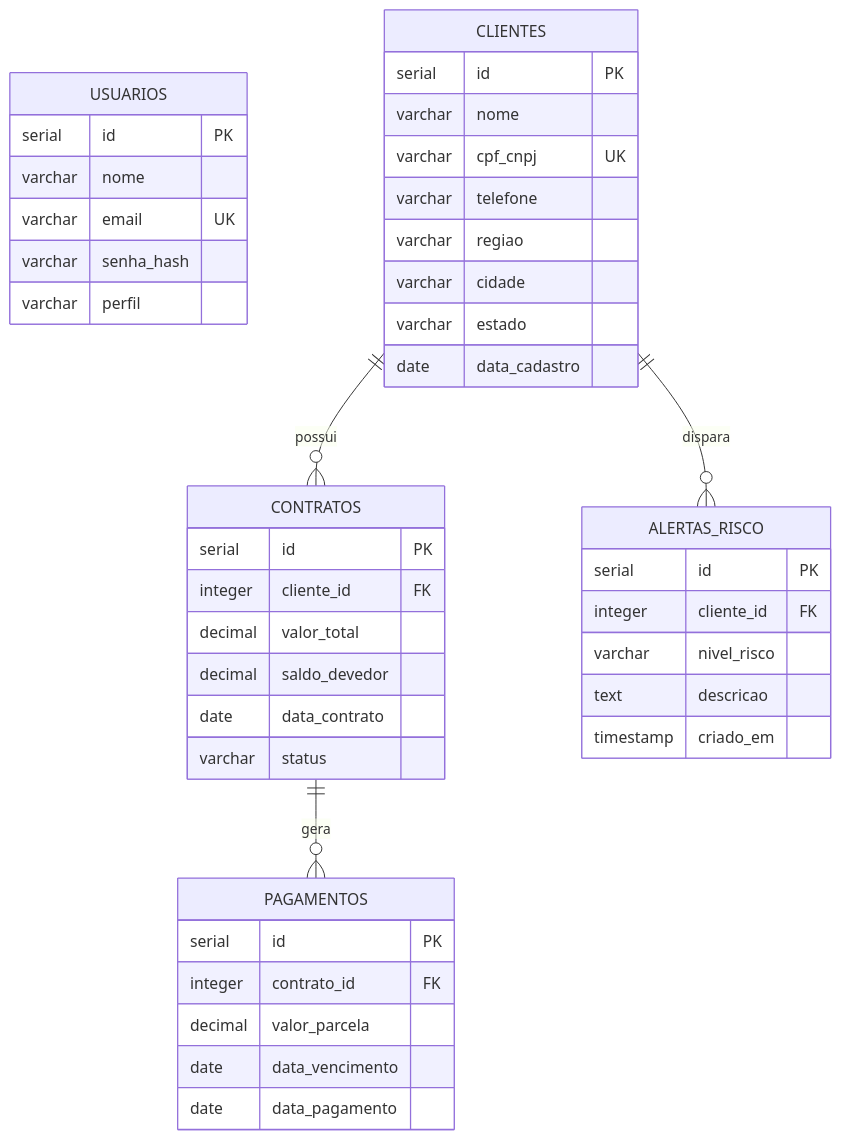
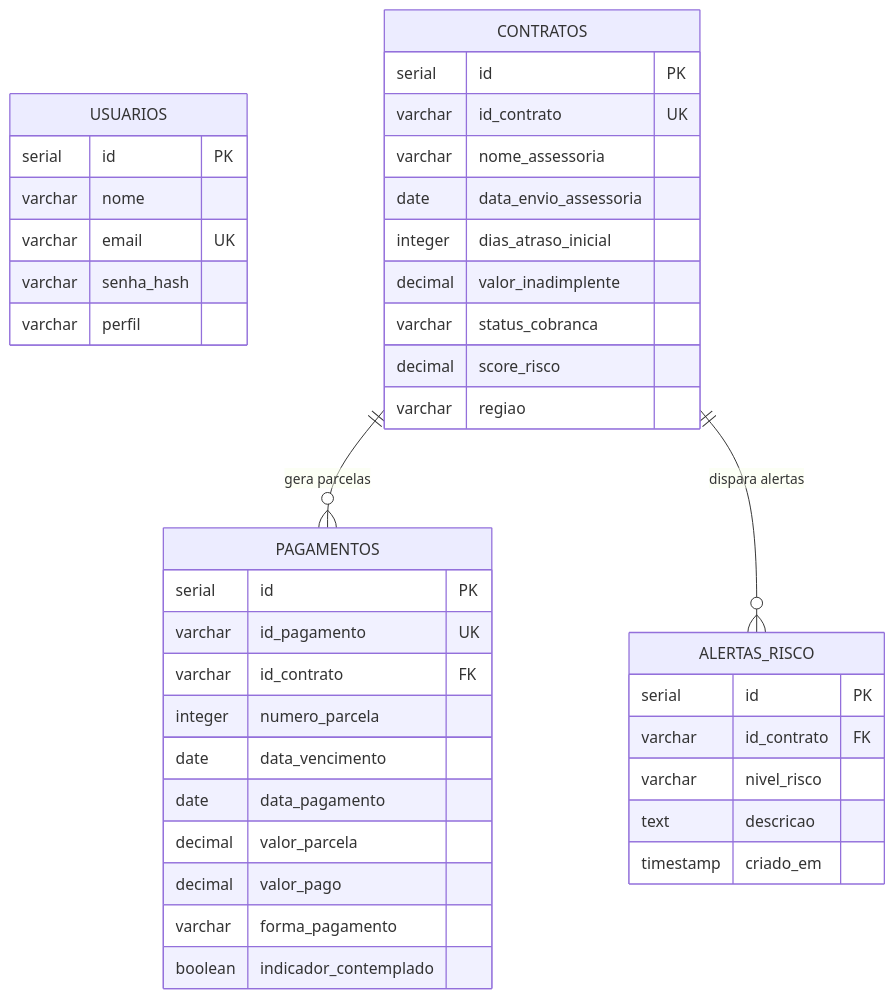
One commit to juanalenca/creditguard changed the fourth of 7 diagrams in docs/arquitetura.md. Above: the diagram before and after it, drawn with Mermaid. The commit also changed other lines of this file and 35 other files, not shown here.

````diff
--- a/docs/arquitetura.md
+++ b/docs/arquitetura.md
@@ -200,50 +227,46 @@
 ```mermaid
 erDiagram
     USUARIOS {
         serial id PK
         varchar nome
         varchar email UK
         varchar senha_hash
         varchar perfil
     }
 
-    CLIENTES {
-        serial id PK
-        varchar nome
-        varchar cpf_cnpj UK
-        varchar telefone
-        varchar regiao
-        varchar cidade
-        varchar estado
-        date data_cadastro
-    }
-
     CONTRATOS {
         serial id PK
-        integer cliente_id FK
-        decimal valor_total
-        decimal saldo_devedor
-        date data_contrato
-        varchar status
+        varchar id_contrato UK
+        varchar nome_assessoria
+        date data_envio_assessoria
+        integer dias_atraso_inicial
+        decimal valor_inadimplente
+        varchar status_cobranca
+        decimal score_risco
+        varchar regiao
     }
 
     PAGAMENTOS {
         serial id PK
-        integer contrato_id FK
-        decimal valor_parcela
+        varchar id_pagamento UK
+        varchar id_contrato FK
+        integer numero_parcela
         date data_vencimento
         date data_pagamento
+        decimal valor_parcela
+        decimal valor_pago
+        varchar forma_pagamento
+        boolean indicador_contemplado
     }
 
     ALERTAS_RISCO {
         serial id PK
-        integer cliente_id FK
+        varchar id_contrato FK
         varchar nivel_risco
         text descricao
         timestamp criado_em
     }
 
-    CLIENTES ||--o{ CONTRATOS : "possui"
-    CONTRATOS ||--o{ PAGAMENTOS : "gera"
-    CLIENTES ||--o{ ALERTAS_RISCO : "dispara"
+    CONTRATOS ||--o{ PAGAMENTOS : "gera parcelas"
+    CONTRATOS ||--o{ ALERTAS_RISCO : "dispara alertas"
 ```
````
